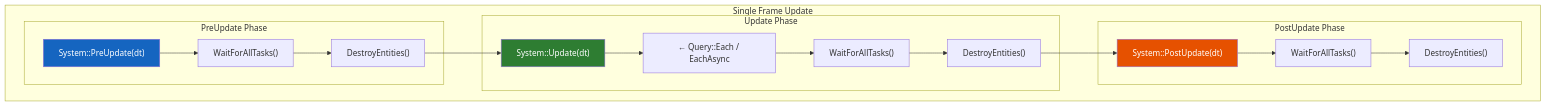
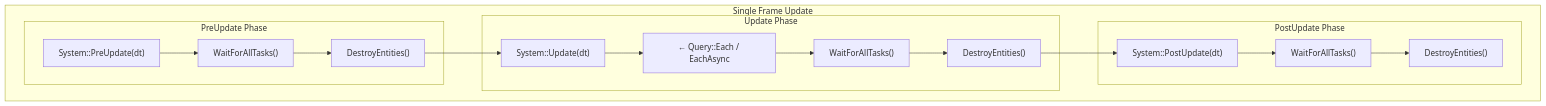
The diagram in docs/api/systems.md (gilmar-sales/Freyr), drawn with Mermaid before and after one commit. The commit also changed 8 other files, not shown here.

Commit message:
docs(diagrams): remove mermaid diagram styling directives

````diff
--- a/docs/api/systems.md
+++ b/docs/api/systems.md
@@ -37,29 +37,26 @@
 ```mermaid
 graph TB
     subgraph Frame["Single Frame Update"]
         subgraph PreUpdatePhase["PreUpdate Phase"]
             PU["System::PreUpdate(dt)"]
             PU_WAIT["WaitForAllTasks()"]
             PU_DESTROY["DestroyEntities()"]
         end
 
         subgraph UpdatePhase["Update Phase"]
             U["System::Update(dt)"]
             U_QUERY["← Query::Each / EachAsync"]
             U_WAIT["WaitForAllTasks()"]
             U_DESTROY["DestroyEntities()"]
         end
 
         subgraph PostUpdatePhase["PostUpdate Phase"]
             POU["System::PostUpdate(dt)"]
             POU_WAIT["WaitForAllTasks()"]
             POU_DESTROY["DestroyEntities()"]
         end
 
         PU --> PU_WAIT --> PU_DESTROY --> U --> U_QUERY --> U_WAIT --> U_DESTROY --> POU --> POU_WAIT --> POU_DESTROY
     end
 
-    style PU fill:#1565C0,color:#fff
-    style U fill:#2E7D32,color:#fff
-    style POU fill:#E65100,color:#fff
 ```
````
